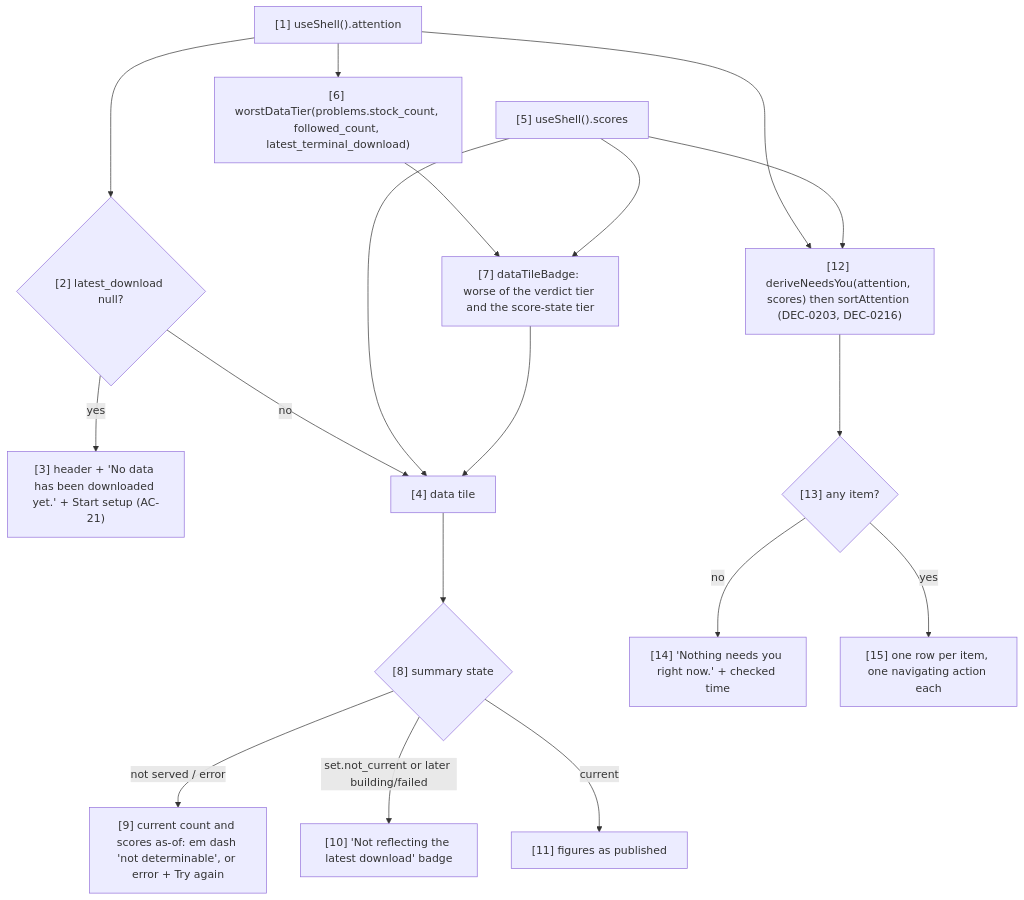
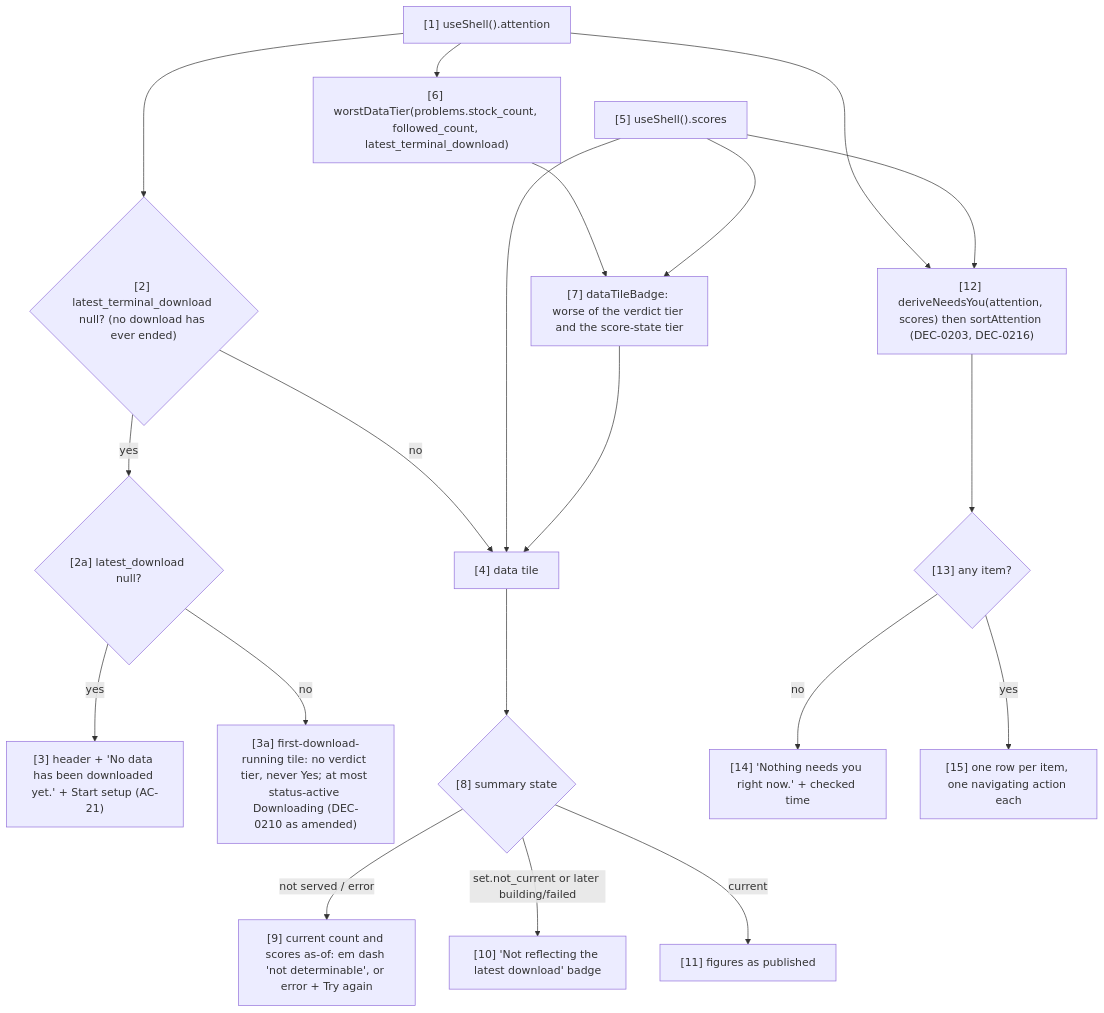
Before and after one commit to ajodraca/FactorFlow-v2: the diagram in docs/capabilities/CAP-003-app-shell-and-data-health/design/component-design-home-ui.md, drawn with Mermaid. The commit also changed other lines of this file and 8 other files, not shown here.

First line of the commit message:
design(CAP-003): resolve review v2 HIGH findings, DEC-0202 and DEC-0210 as amended

````diff
--- a/docs/capabilities/CAP-003-app-shell-and-data-health/design/component-design-home-ui.md
+++ b/docs/capabilities/CAP-003-app-shell-and-data-health/design/component-design-home-ui.md
@@ -104,20 +111,22 @@
 ```mermaid
 flowchart TD
-    A["[1] useShell().attention"] --> E{"[2] latest_download null?"}
-    E -- yes --> EMPTY["[3] header + 'No data has been downloaded yet.' + Start setup (AC-21)"]
+    A["[1] useShell().attention"] --> E{"[2] latest_terminal_download null? (no download has ever ended)"}
+    E -- yes --> E2{"[2a] latest_download null?"}
+    E2 -- yes --> EMPTY["[3] header + 'No data has been downloaded yet.' + Start setup (AC-21)"]
+    E2 -- no --> RUN["[3a] first-download-running tile: no verdict tier, never Yes; at most status-active Downloading (DEC-0210 as amended)"]
     E -- no --> T["[4] data tile"]
     S["[5] useShell().scores"] --> T
     A --> B["[6] worstDataTier(problems.stock_count, followed_count, latest_terminal_download)"]
     B --> DB["[7] dataTileBadge: worse of the verdict tier and the score-state tier"]
     S --> DB
     DB --> T
     T --> T1{"[8] summary state"}
     T1 -- "not served / error" --> T2["[9] current count and scores as-of: em dash 'not determinable', or error + Try again"]
     T1 -- "set.not_current or later building/failed" --> T3["[10] 'Not reflecting the latest download' badge"]
     T1 -- "current" --> T4["[11] figures as published"]
     A --> N["[12] deriveNeedsYou(attention, scores) then sortAttention (DEC-0203, DEC-0216)"]
     S --> N
     N --> N1{"[13] any item?"}
     N1 -- no --> N2["[14] 'Nothing needs you right now.' + checked time"]
     N1 -- yes --> N3["[15] one row per item, one navigating action each"]
 ```
````
